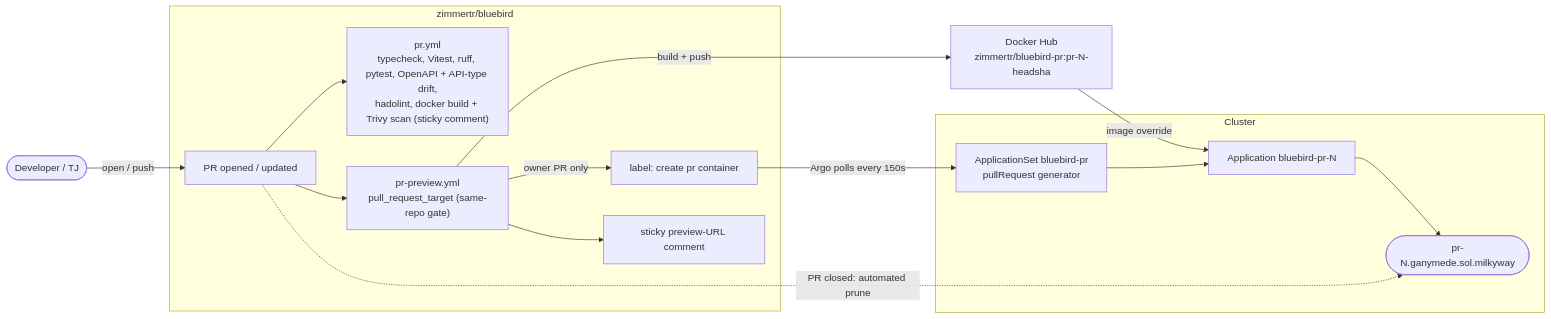
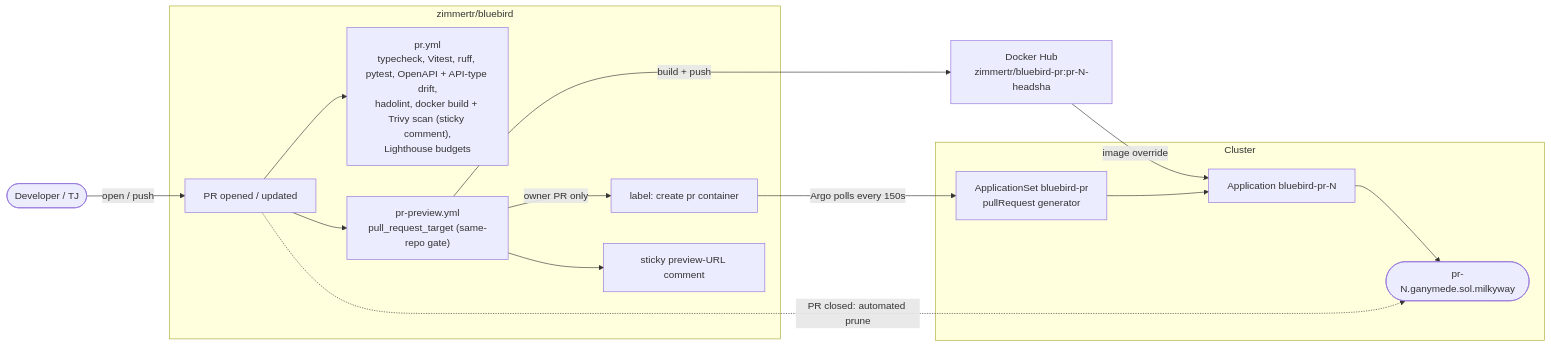
One commit to zimmertr/bluebird changed the fourth of 6 diagrams in docs/CICD.md. Above: the diagram before and after it, drawn with Mermaid. The commit also changed other lines of this file and 16 other files, not shown here.

````diff
--- a/docs/CICD.md
+++ b/docs/CICD.md
@@ -431,32 +431,32 @@
 ```mermaid
 flowchart LR
     dev(["Developer / TJ"])
 
     subgraph BB["zimmertr/bluebird"]
         pr["PR opened / updated"]
-        checks["pr.yml<br/>typecheck, Vitest, ruff, pytest, OpenAPI + API-type drift,<br/>hadolint, docker build + Trivy scan (sticky comment)"]
+        checks["pr.yml<br/>typecheck, Vitest, ruff, pytest, OpenAPI + API-type drift,<br/>hadolint, docker build + Trivy scan (sticky comment),<br/>Lighthouse budgets"]
         preview["pr-preview.yml<br/>pull_request_target (same-repo gate)"]
         label["label: create pr container"]
         comment["sticky preview-URL comment"]
     end
 
     dhpr["Docker Hub<br/>zimmertr/bluebird-pr:pr-N-headsha"]
 
     subgraph CL["Cluster"]
         appset["ApplicationSet bluebird-pr<br/>pullRequest generator"]
         app["Application bluebird-pr-N"]
         env(["pr-N.ganymede.sol.milkyway"])
     end
 
     dev -->|open / push| pr
     pr --> checks
     pr --> preview
     preview -->|build + push| dhpr
     preview -->|owner PR only| label
     preview --> comment
     label -->|Argo polls every 150s| appset
     appset --> app
     dhpr -->|image override| app
     app --> env
     pr -.->|PR closed: automated prune| env
 ```
````
